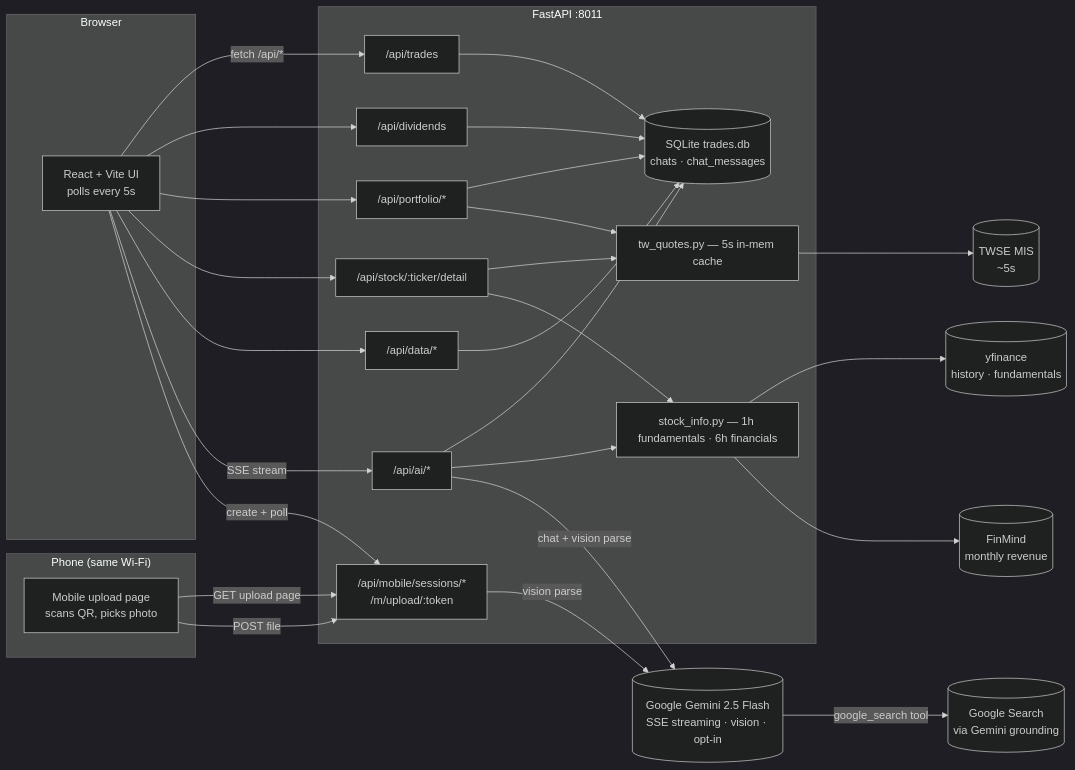
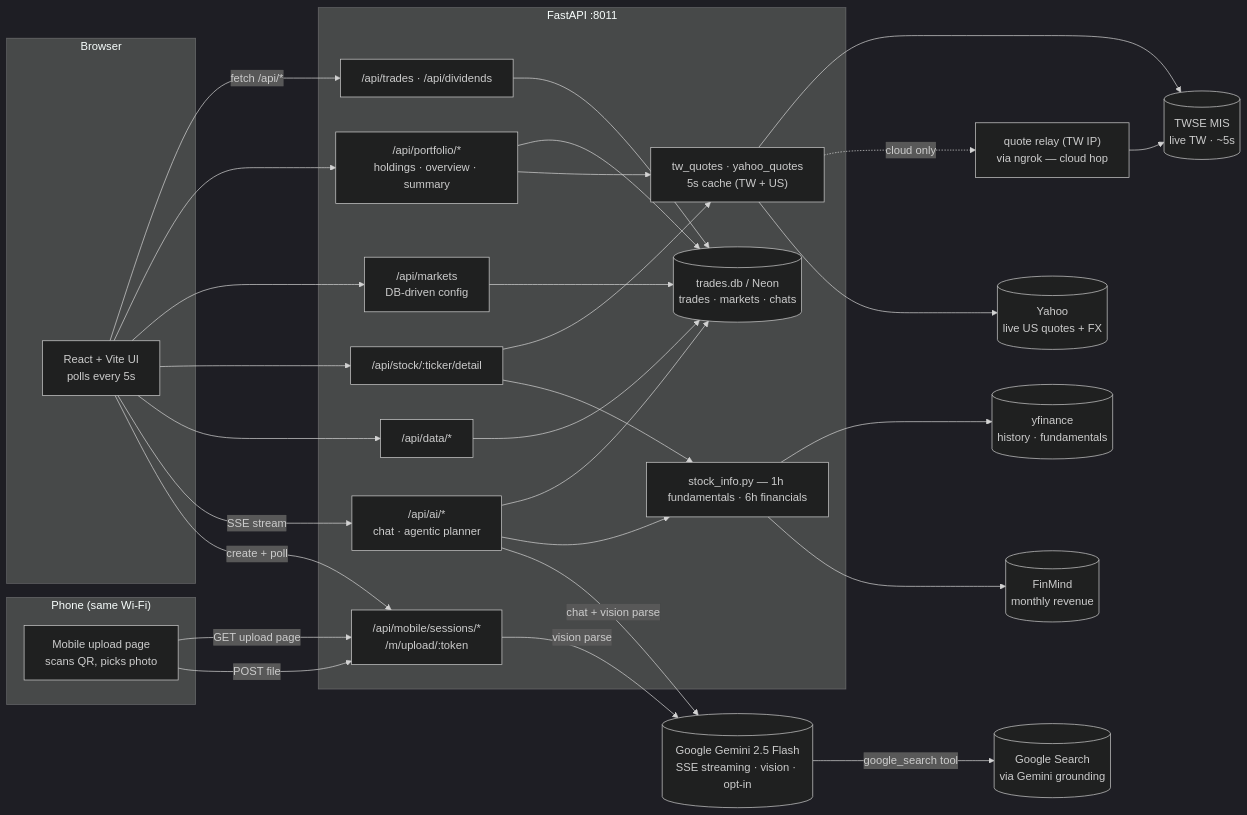
One commit to jimmy19981226/stock-tracker changed the diagram in README.md. Above: the diagram before and after it, drawn with Mermaid (dark theme). The commit also changed other lines of this file, not shown here.

First line of the commit message:
docs: update README for multi-market (TW+US), agentic AI, relay, flash

````diff
--- a/README.md
+++ b/README.md
@@ -170,51 +180,56 @@
 ```mermaid
 flowchart LR
   subgraph Browser
     UI[React + Vite UI<br/>polls every 5s]
   end
   subgraph Phone["Phone (same Wi-Fi)"]
     PhonePage[Mobile upload page<br/>scans QR, picks photo]
   end
   subgraph Backend["FastAPI :8011"]
-    Trades["/api/trades"]
-    Dividends["/api/dividends"]
-    Portfolio["/api/portfolio/*"]
+    Trades["/api/trades · /api/dividends"]
+    Portfolio["/api/portfolio/*<br/>holdings · overview · summary"]
+    Markets["/api/markets<br/>DB-driven config"]
     Stock["/api/stock/:ticker/detail"]
     Data["/api/data/*"]
-    AI["/api/ai/*"]
+    AI["/api/ai/*<br/>chat · agentic planner"]
     Mobile["/api/mobile/sessions/*<br/>/m/upload/:token"]
-    Quotes["tw_quotes.py — 5s in-mem cache"]
+    Quotes["tw_quotes · yahoo_quotes<br/>5s cache (TW + US)"]
     SInfo["stock_info.py — 1h fundamentals · 6h financials"]
-    DB[("SQLite trades.db<br/>chats · chat_messages")]
+    DB[("trades.db / Neon<br/>trades · markets · chats")]
   end
-  TWSE[("TWSE MIS<br/>~5s")]
+  TWSE[("TWSE MIS<br/>live TW · ~5s")]
+  Relay["quote relay (TW IP)<br/>via ngrok — cloud hop"]
+  YLive[("Yahoo<br/>live US quotes + FX")]
   YF[("yfinance<br/>history · fundamentals")]
   FM[("FinMind<br/>monthly revenue")]
   Gemini[("Google Gemini 2.5 Flash<br/>SSE streaming · vision · opt-in")]
   GSearch[("Google Search<br/>via Gemini grounding")]
 
   UI -- "fetch /api/*" --> Trades
-  UI --> Dividends
   UI --> Portfolio
+  UI --> Markets
   UI --> Stock
   UI --> Data
   UI -- "SSE stream" --> AI
   UI -- "create + poll" --> Mobile
   PhonePage -- "GET upload page" --> Mobile
   PhonePage -- "POST file" --> Mobile
   Trades --> DB
-  Dividends --> DB
   Data --> DB
   Portfolio --> DB
+  Markets --> DB
   Portfolio --> Quotes
   Stock --> Quotes
   Stock --> SInfo
   AI --> DB
   AI --> SInfo
   AI -- "chat + vision parse" --> Gemini
   Mobile -- "vision parse" --> Gemini
   Gemini -- "google_search tool" --> GSearch
   Quotes --> TWSE
+  Quotes -. "cloud only" .-> Relay
+  Relay --> TWSE
+  Quotes --> YLive
   SInfo --> YF
   SInfo --> FM
 ```
````
